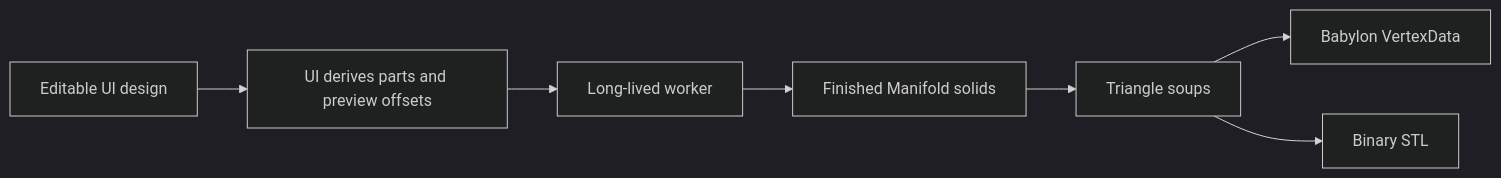
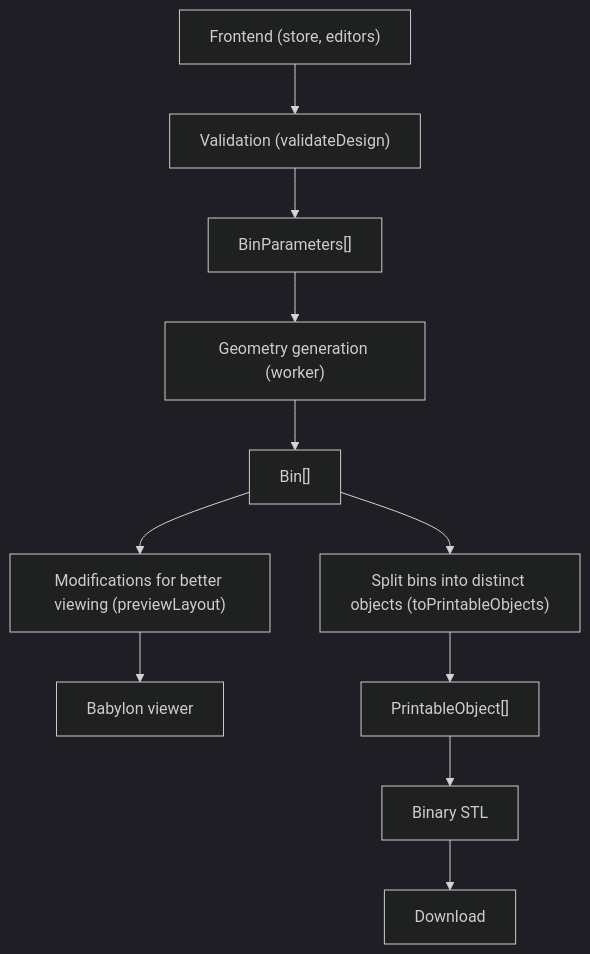
The diagram in docs/geometry-pipeline.md (ashton22305/gridfinity-expanded), drawn with Mermaid (dark theme) before and after one commit. The commit also changed other lines of this file and 21 other files, not shown here.

First line of the commit message:
Restructure pipeline into validation, generation, viewer, and export stages

````diff
--- a/docs/geometry-pipeline.md
+++ b/docs/geometry-pipeline.md
@@ -7,9 +7,13 @@
 ```mermaid
-flowchart LR
-  Design["Editable UI design"] --> Plan["UI derives parts and preview offsets"]
-  Plan --> Worker["Long-lived worker"]
-  Worker --> Solid["Finished Manifold solids"]
-  Solid --> Soup["Triangle soups"]
-  Soup --> Preview["Babylon VertexData"]
-  Soup --> STL["Binary STL"]
+flowchart TB
+  Frontend["Frontend (store, editors)"] --> Validation["Validation (validateDesign)"]
+  Validation --> Params["BinParameters[]"]
+  Params --> Generation["Geometry generation (worker)"]
+  Generation --> Bins["Bin[]"]
+  Bins --> Layout["Modifications for better viewing (previewLayout)"]
+  Layout --> Viewer["Babylon viewer"]
+  Bins --> Split["Split bins into distinct objects (toPrintableObjects)"]
+  Split --> Printable["PrintableObject[]"]
+  Printable --> STL["Binary STL"]
+  STL --> Export["Download"]
 ```
````
